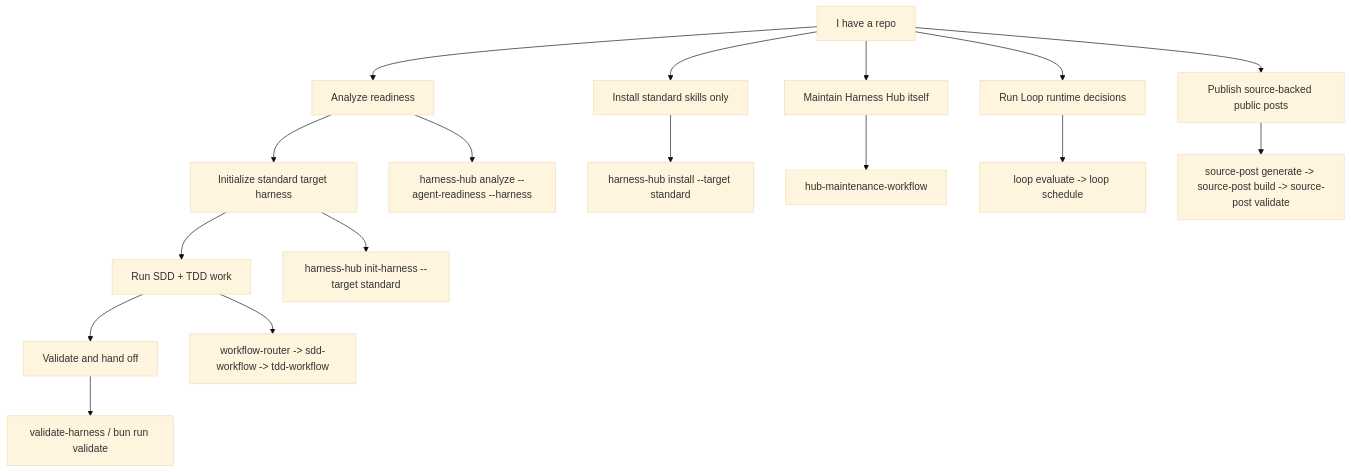
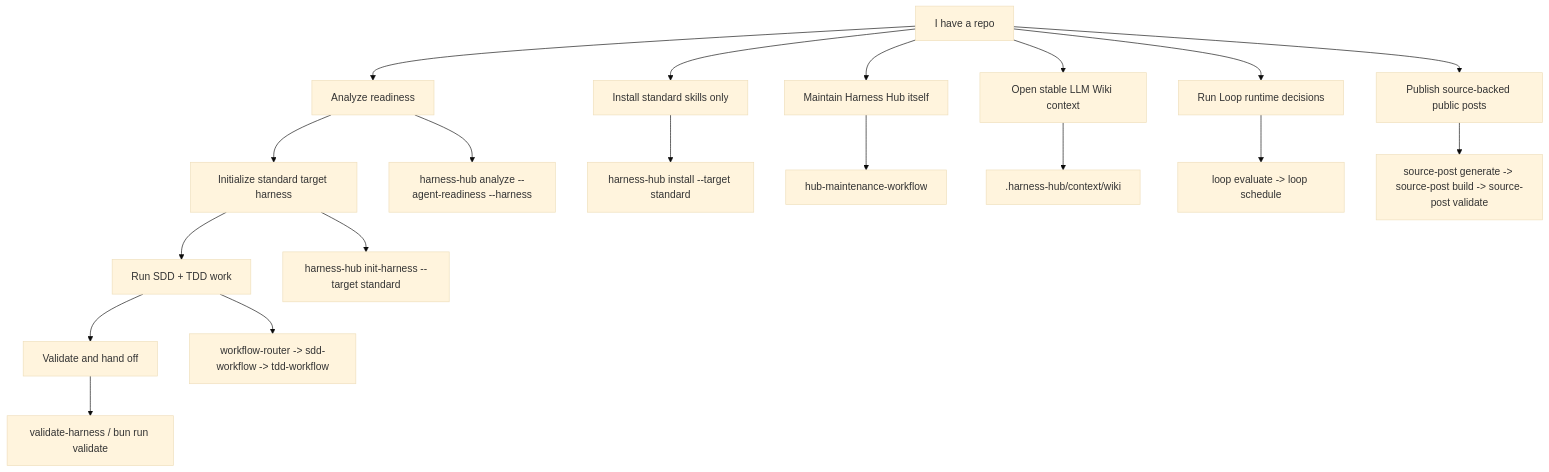
Before and after one commit to JasonxzWen/harness-hub: the diagram in README.md, drawn with Mermaid (base theme). The commit also changed other lines of this file and 29 other files, not shown here.

Commit message:
Add LLM Wiki context pack to standard harness

````diff
--- a/README.md
+++ b/README.md
@@ -31,21 +32,23 @@
 ```mermaid
 flowchart TD
   Start["I have a repo"] --> Analyze["Analyze readiness"]
   Analyze --> Init["Initialize standard target harness"]
   Init --> Work["Run SDD + TDD work"]
   Work --> Validate["Validate and hand off"]
 
   Start --> Skills["Install standard skills only"]
   Start --> Maintain["Maintain Harness Hub itself"]
+  Start --> Context["Open stable LLM Wiki context"]
   Start --> Loop["Run Loop runtime decisions"]
   Start --> SourcePost["Publish source-backed public posts"]
 
   Analyze --> A1["harness-hub analyze --agent-readiness --harness"]
   Init --> I1["harness-hub init-harness --target standard"]
   Skills --> S1["harness-hub install --target standard"]
   Work --> W1["workflow-router -> sdd-workflow -> tdd-workflow"]
   Validate --> V1["validate-harness / bun run validate"]
   Maintain --> M1["hub-maintenance-workflow"]
+  Context --> C1[".harness-hub/context/wiki"]
   Loop --> L1["loop evaluate -> loop schedule"]
   SourcePost --> P1["source-post generate -> source-post build -> source-post validate"]
 ```
````
